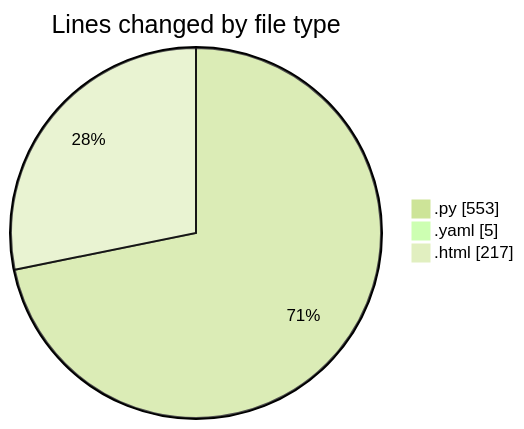
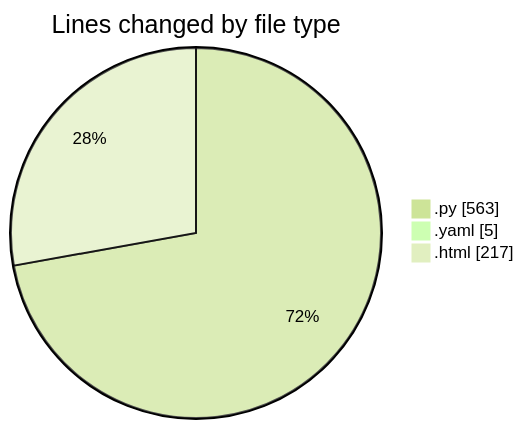
The first of 2 diagrams in 2025-06-26/webapp/README.md (Ritupan-Deka/code-tracking), drawn with Mermaid (forest theme) before and after one commit. The commit also changed other lines of this file and 1 other file, not shown here.

````diff
--- a/2025-06-26/webapp/README.md
+++ b/2025-06-26/webapp/README.md
@@ -27,7 +27,7 @@
 ```mermaid
 pie showData
 title Lines changed by file type
-".py" : 553
+".py" : 563
 ".yaml" : 5
 ".html" : 217
 ```
````
